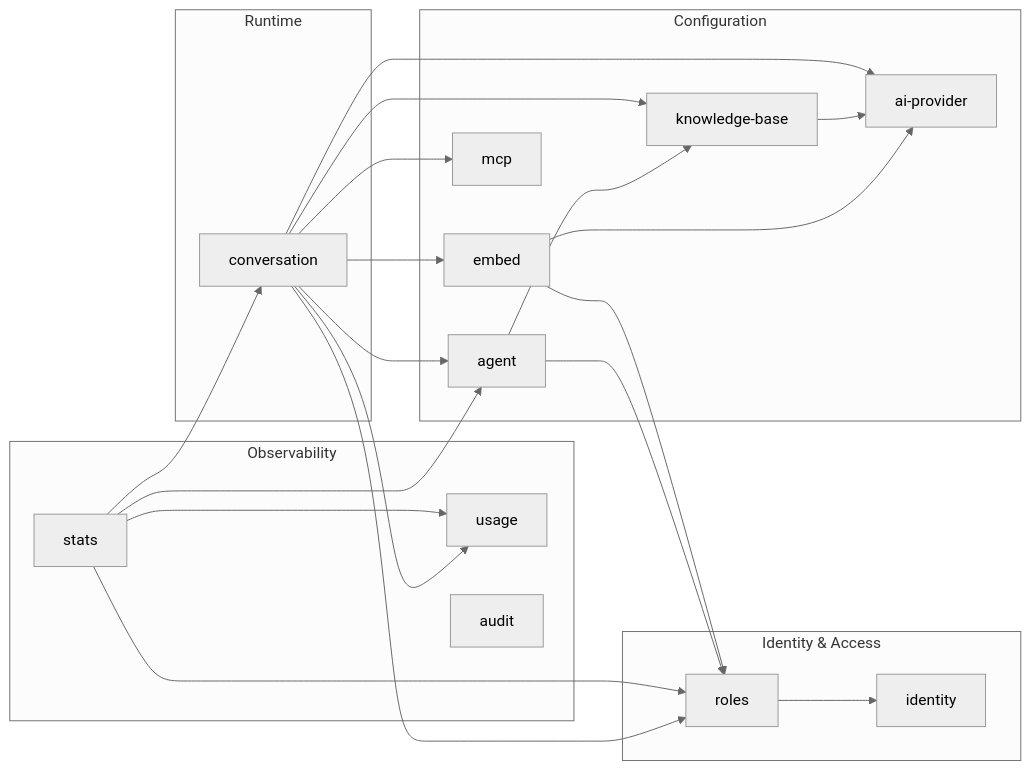
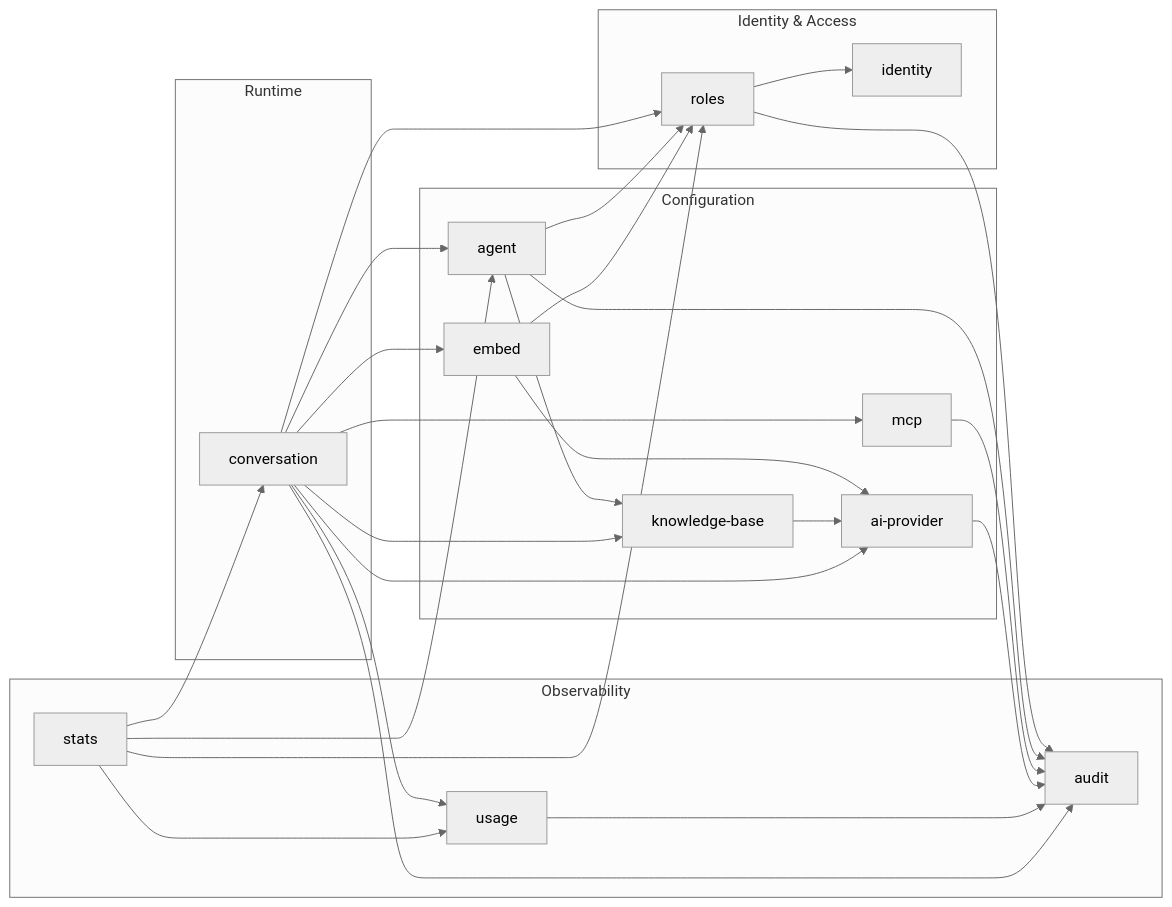
One commit to Talqo/talqo changed the diagram in docs/architecture/module-diagram.md. Above: the diagram before and after it, drawn with Mermaid (neutral theme). The commit also changed 3 other files, not shown here.

````diff
--- a/docs/architecture/module-diagram.md
+++ b/docs/architecture/module-diagram.md
@@ -9,46 +9,53 @@
 ```mermaid
 graph LR
     subgraph "Identity & Access"
         identity[identity]
         roles[roles]
     end
 
     subgraph "Configuration"
         agent[agent]
         knowledge_base[knowledge-base]
         embed[embed]
         ai_provider["ai-provider"]
         mcp[mcp]
     end
 
     subgraph "Runtime"
         conversation[conversation]
     end
 
     subgraph "Observability"
         usage[usage]
         stats[stats]
         audit[audit]
     end
 
     roles --> identity
 
     agent --> roles
     agent --> knowledge_base
     embed --> roles
     embed --> ai_provider
     knowledge_base --> ai_provider
 
     conversation --> embed
     conversation --> agent
     conversation --> ai_provider
     conversation --> mcp
     conversation --> usage
     conversation --> roles
     conversation --> knowledge_base
 
     stats --> conversation
     stats --> usage
     stats --> agent
     stats --> roles
+
+    roles --> audit
+    agent --> audit
+    mcp --> audit
+    ai_provider --> audit
+    usage --> audit
+    conversation --> audit
 ```
````
